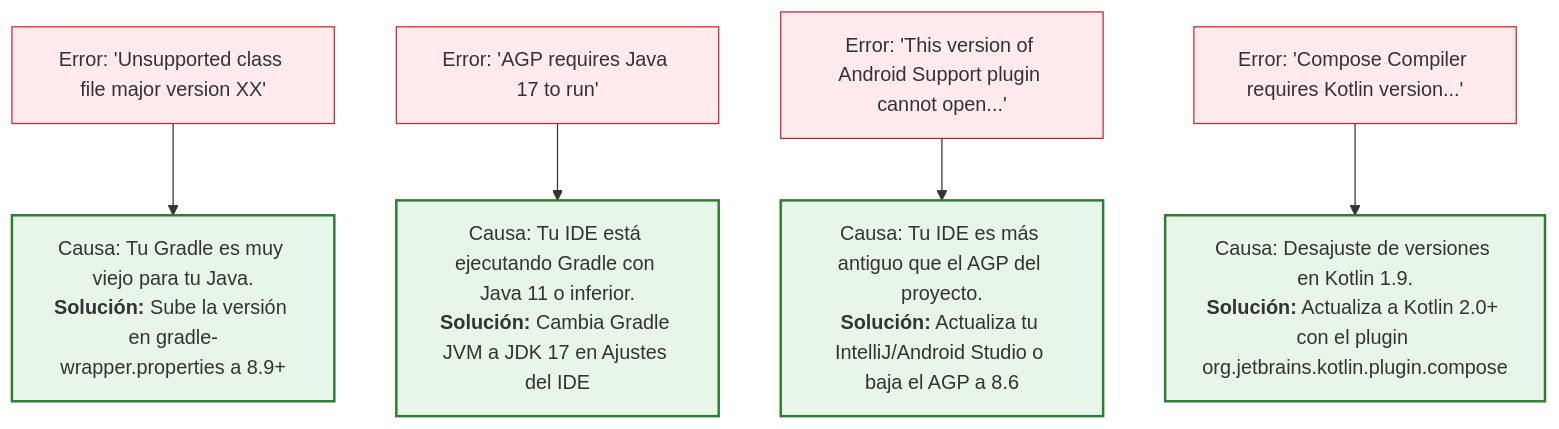
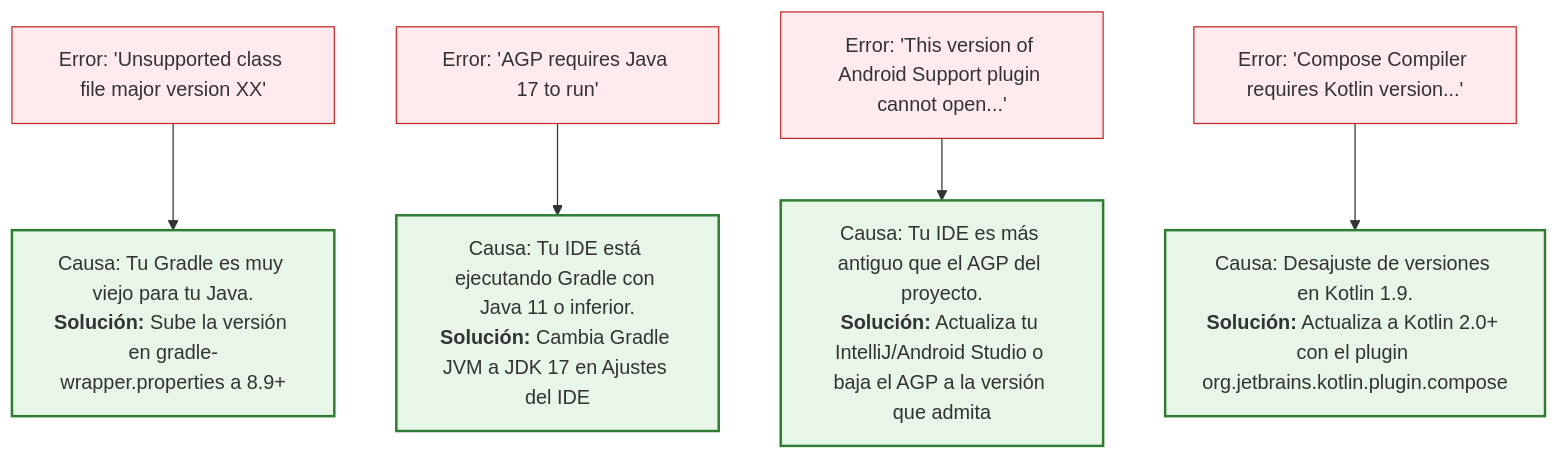
The second of 2 diagrams in docs/temas/00-android/00-tools/04-matriz-compatibilidad.md (jssdocente/pmdm2627d), drawn with Mermaid before and after one commit. The commit also changed other lines of this file and 4 other files, not shown here.

````diff
--- a/docs/temas/00-android/00-tools/04-matriz-compatibilidad.md
+++ b/docs/temas/00-android/00-tools/04-matriz-compatibilidad.md
@@ -180,17 +197,17 @@
 ```mermaid
 graph TD
     E1["Error: 'Unsupported class file major version XX'"] --> S1["Causa: Tu Gradle es muy viejo para tu Java.<br><b>Solución:</b> Sube la versión en gradle-wrapper.properties a 8.9+"]
     E2["Error: 'AGP requires Java 17 to run'"] --> S2["Causa: Tu IDE está ejecutando Gradle con Java 11 o inferior.<br><b>Solución:</b> Cambia Gradle JVM a JDK 17 en Ajustes del IDE"]
-    E3["Error: 'This version of Android Support plugin cannot open...'"] --> S3["Causa: Tu IDE es más antiguo que el AGP del proyecto.<br><b>Solución:</b> Actualiza tu IntelliJ/Android Studio o baja el AGP a 8.6"]
+    E3["Error: 'This version of Android Support plugin cannot open...'"] --> S3["Causa: Tu IDE es más antiguo que el AGP del proyecto.<br><b>Solución:</b> Actualiza tu IntelliJ/Android Studio o baja el AGP a la versión que admita"]
     E4["Error: 'Compose Compiler requires Kotlin version...'"] --> S4["Causa: Desajuste de versiones en Kotlin 1.9.<br><b>Solución:</b> Actualiza a Kotlin 2.0+ con el plugin org.jetbrains.kotlin.plugin.compose"]
 
     style E1 fill:#ffebee,stroke:#c62828,stroke-width:1px
     style E2 fill:#ffebee,stroke:#c62828,stroke-width:1px
     style E3 fill:#ffebee,stroke:#c62828,stroke-width:1px
     style E4 fill:#ffebee,stroke:#c62828,stroke-width:1px
 
     style S1 fill:#e8f5e9,stroke:#2e7d32,stroke-width:2px
     style S2 fill:#e8f5e9,stroke:#2e7d32,stroke-width:2px
     style S3 fill:#e8f5e9,stroke:#2e7d32,stroke-width:2px
     style S4 fill:#e8f5e9,stroke:#2e7d32,stroke-width:2px
 ```
````
